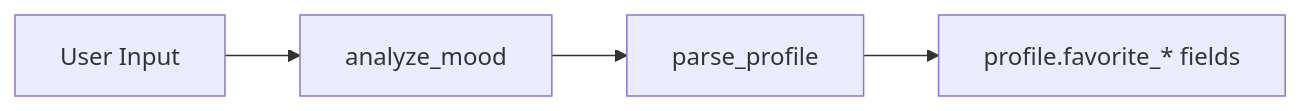
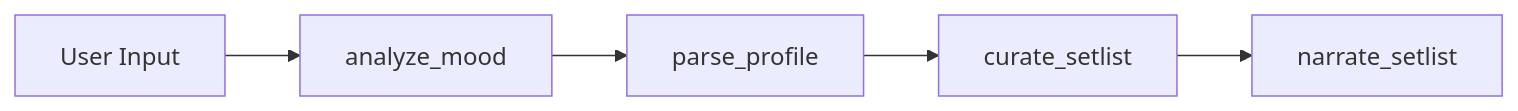
The second of 3 diagrams in docs/implementation_guide.md (Davii-Ng/final-applied-AI-project), drawn with Mermaid before and after one commit. The commit also changed other lines of this file and 17 other files, not shown here.

````diff
--- a/docs/implementation_guide.md
+++ b/docs/implementation_guide.md
@@ -50,6 +58,7 @@
 ```mermaid
 flowchart LR
   U[User Input] --> A1[analyze_mood]
   A1 --> A2[parse_profile]
-  A2 --> PR[profile.favorite_* fields]
+  A2 --> A3[curate_setlist]
+  A3 --> A4[narrate_setlist]
 ```
````
